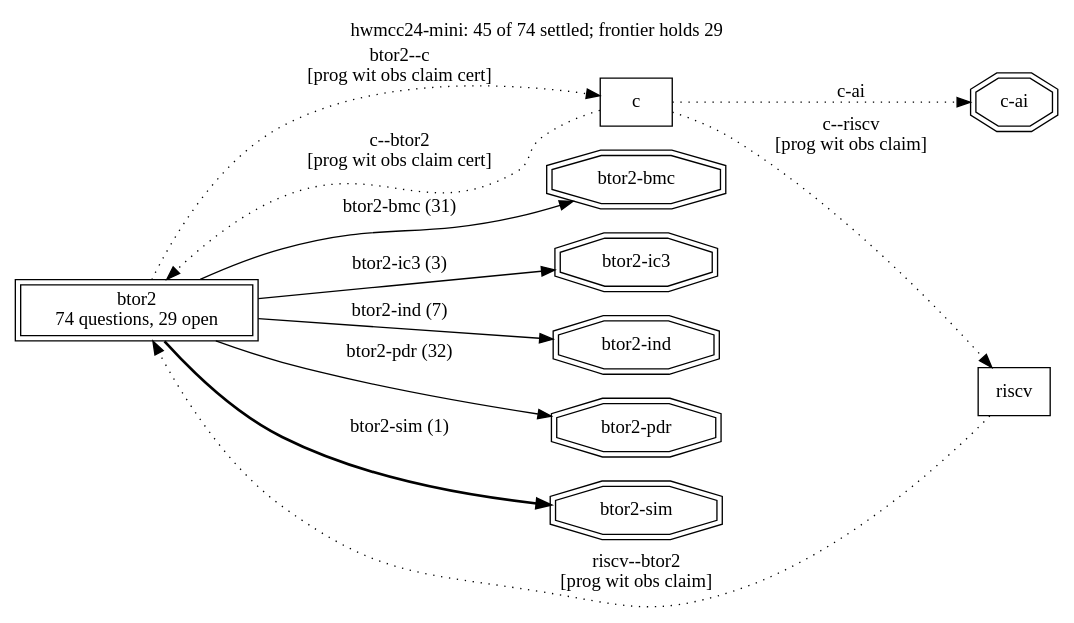
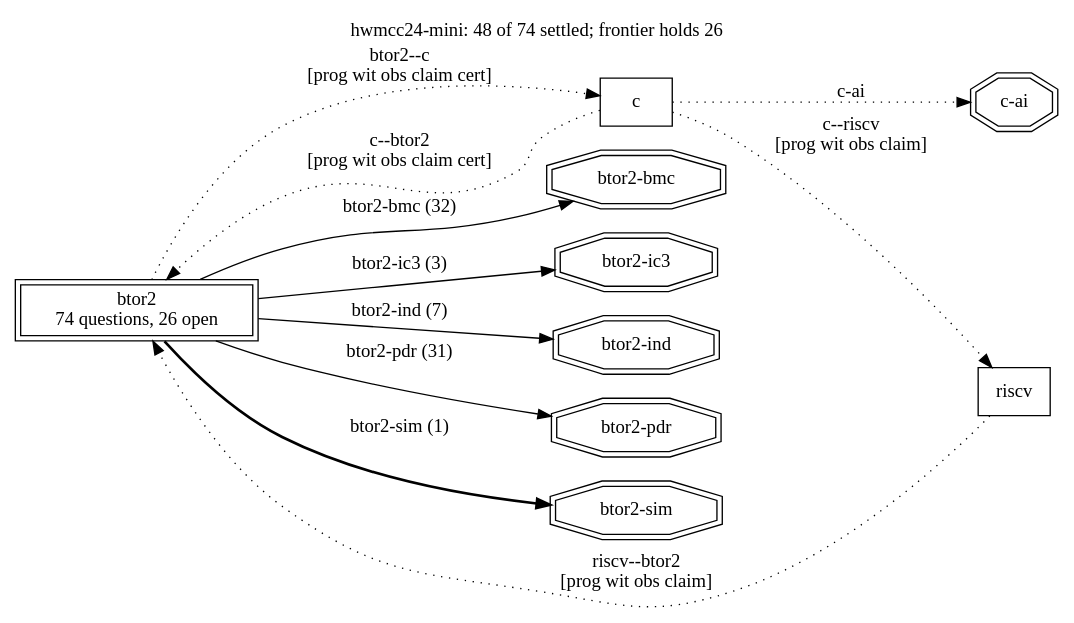
One commit to cksystemsgroup/hurdy-gurdy changed the diagram in runs/hwmcc24-mini/frontier.dot. Above: the diagram before and after it, drawn with Graphviz. The commit also changed 41 other files, not shown here.

```diff
--- a/runs/hwmcc24-mini/frontier.dot
+++ b/runs/hwmcc24-mini/frontier.dot
@@ -1,24 +1,24 @@
 digraph "hwmcc24-mini" {
   rankdir=LR; labelloc=t;
-  label="hwmcc24-mini: 45 of 74 settled; frontier holds 29";
+  label="hwmcc24-mini: 48 of 74 settled; frontier holds 26";
   node [shape=box];
-  "btor2" [peripheries=2, label="btor2\n74 questions, 29 open"];
+  "btor2" [peripheries=2, label="btor2\n74 questions, 26 open"];
   "c";
   "riscv";
   "btor2" -> "c" [style=dotted, label="btor2--c\n[prog wit obs claim cert]"];
   "c" -> "btor2" [style=dotted, label="c--btor2\n[prog wit obs claim cert]"];
   "c" -> "riscv" [style=dotted, label="c--riscv\n[prog wit obs claim]"];
   "riscv" -> "btor2" [style=dotted, label="riscv--btor2\n[prog wit obs claim]"];
   "search:btor2-bmc" [shape=doubleoctagon, label="btor2-bmc"];
-  "btor2" -> "search:btor2-bmc" [style=solid, label="btor2-bmc (31)"];
+  "btor2" -> "search:btor2-bmc" [style=solid, label="btor2-bmc (32)"];
   "search:btor2-ic3" [shape=doubleoctagon, label="btor2-ic3"];
   "btor2" -> "search:btor2-ic3" [style=solid, label="btor2-ic3 (3)"];
   "search:btor2-ind" [shape=doubleoctagon, label="btor2-ind"];
   "btor2" -> "search:btor2-ind" [style=solid, label="btor2-ind (7)"];
   "search:btor2-pdr" [shape=doubleoctagon, label="btor2-pdr"];
-  "btor2" -> "search:btor2-pdr" [style=solid, label="btor2-pdr (32)"];
+  "btor2" -> "search:btor2-pdr" [style=solid, label="btor2-pdr (31)"];
   "search:btor2-sim" [shape=doubleoctagon, label="btor2-sim"];
   "btor2" -> "search:btor2-sim" [style=bold, label="btor2-sim (1)"];
   "search:c-ai" [shape=doubleoctagon, label="c-ai"];
   "c" -> "search:c-ai" [style=dotted, label="c-ai"];
 }
```
